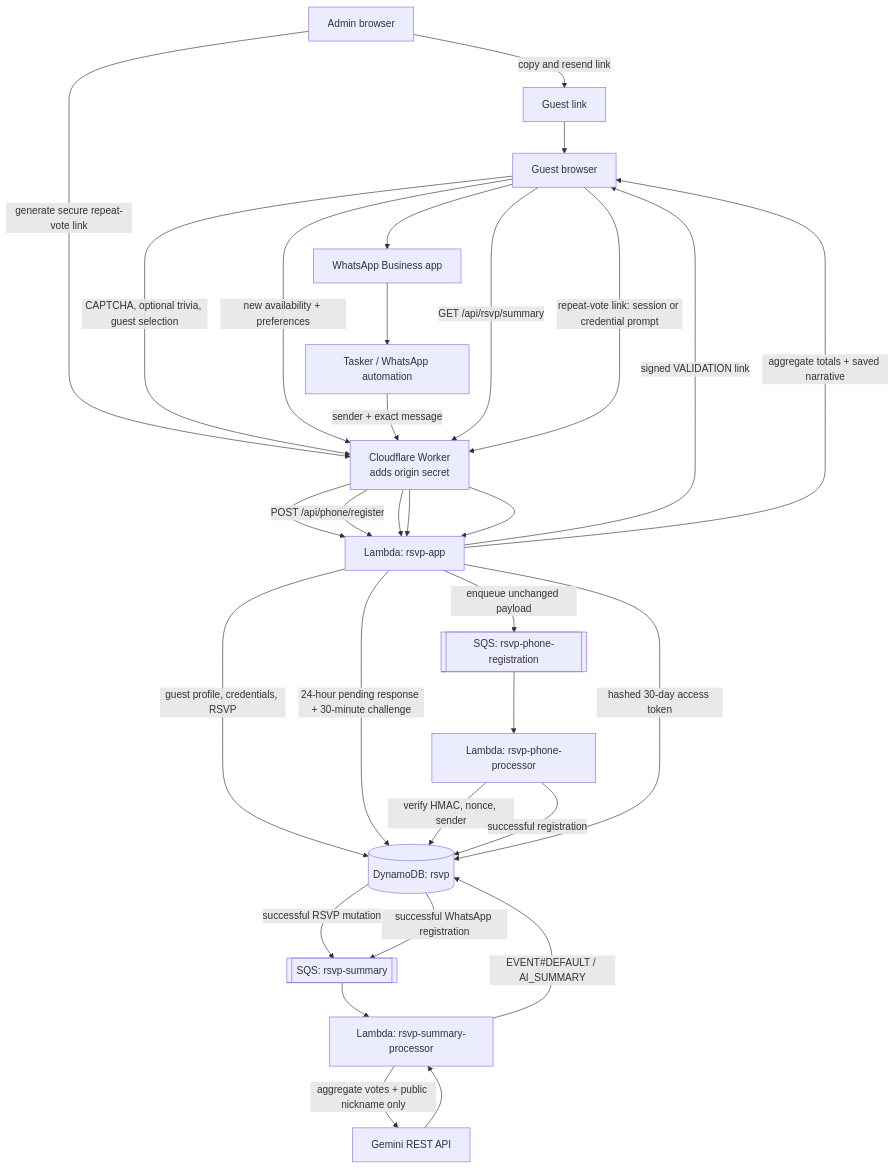
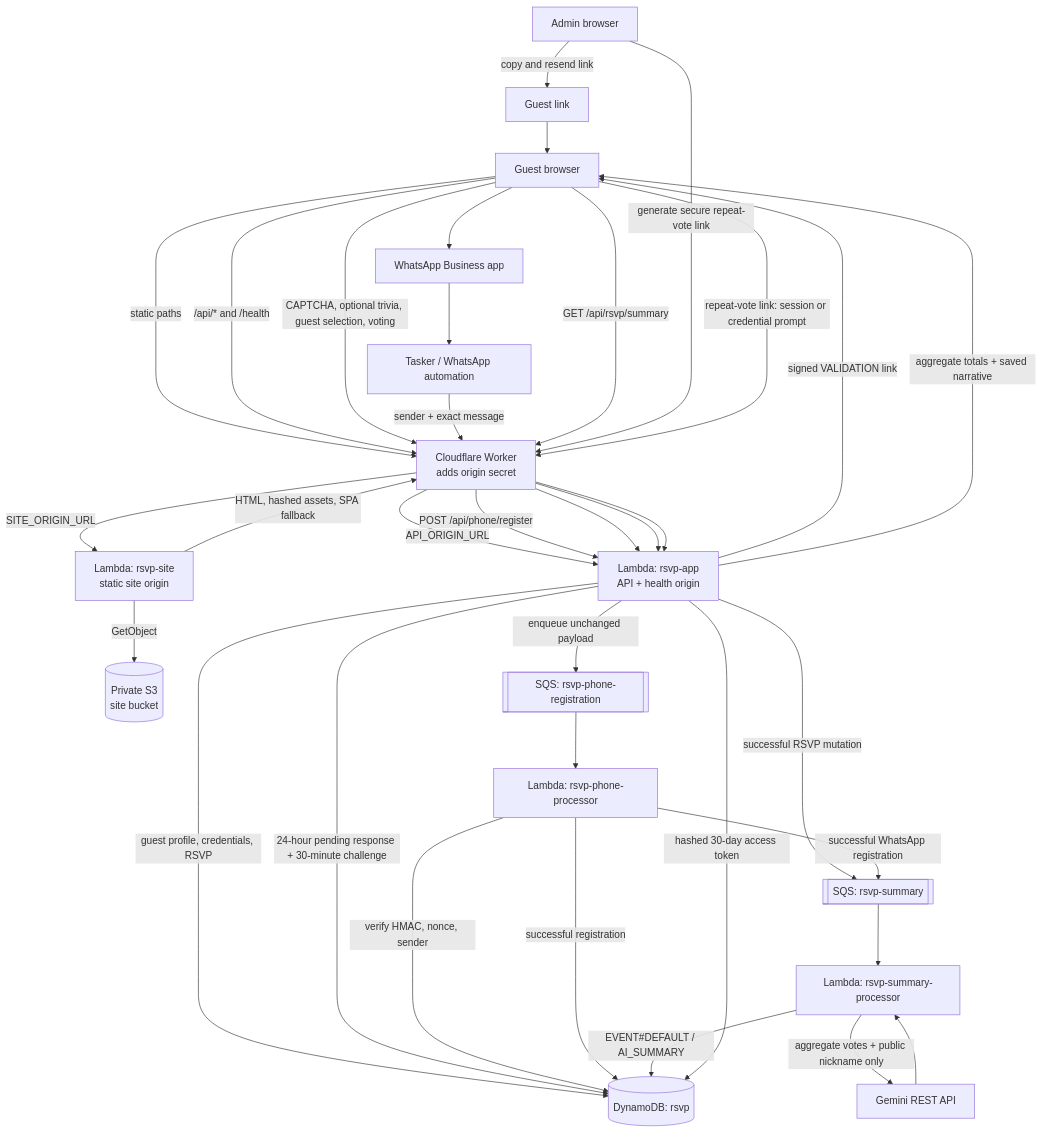
Before and after one commit to antonio1000homens/rsvp: the second of 3 diagrams in README.md, drawn with Mermaid. The commit also changed other lines of this file, not shown here.

Commit message:
Update architecture and sequence diagrams

````diff
--- a/README.md
+++ b/README.md
@@ -52,49 +86,55 @@
 ```mermaid
 flowchart TD
   Browser[Guest browser]
   Worker[Cloudflare Worker\nadds origin secret]
-  App[Lambda: rsvp-app]
+  Site[Lambda: rsvp-site\nstatic site origin]
+  App[Lambda: rsvp-app\nAPI + health origin]
+  Bucket[(Private S3\nsite bucket)]
   Table[(DynamoDB: rsvp)]
   PhoneQueue[[SQS: rsvp-phone-registration]]
   PhoneWorker[Lambda: rsvp-phone-processor]
   Tasker[Tasker / WhatsApp automation]
   WhatsApp[WhatsApp Business app]
   SummaryQueue[[SQS: rsvp-summary]]
   SummaryWorker[Lambda: rsvp-summary-processor]
   Gemini[Gemini REST API]
   Admin[Admin browser]
 
-  Browser -->|CAPTCHA, optional trivia, guest selection| Worker
-  Worker --> App
+  Browser -->|static paths| Worker
+  Worker -->|SITE_ORIGIN_URL| Site
+  Site -->|GetObject| Bucket
+  Site -->|HTML, hashed assets, SPA fallback| Worker
+  Browser -->|/api/* and /health| Worker
+  Worker -->|API_ORIGIN_URL| App
   App -->|guest profile, credentials, RSVP| Table
 
-  Browser -->|new availability + preferences| Worker
+  Browser -->|CAPTCHA, optional trivia, guest selection, voting| Worker
   App -->|24-hour pending response + 30-minute challenge| Table
   App -->|signed VALIDATION link| Browser
   Browser --> WhatsApp
   WhatsApp --> Tasker
   Tasker -->|sender + exact message| Worker
   Worker -->|POST /api/phone/register| App
   App -->|enqueue unchanged payload| PhoneQueue
   PhoneQueue --> PhoneWorker
   PhoneWorker -->|verify HMAC, nonce, sender| Table
   PhoneWorker -->|successful registration| Table
 
-  Table -->|successful RSVP mutation| SummaryQueue
-  Table -->|successful WhatsApp registration| SummaryQueue
+  App -->|successful RSVP mutation| SummaryQueue
+  PhoneWorker -->|successful WhatsApp registration| SummaryQueue
   SummaryQueue --> SummaryWorker
   SummaryWorker -->|aggregate votes + public nickname only| Gemini
   Gemini --> SummaryWorker
   SummaryWorker -->|EVENT#DEFAULT / AI_SUMMARY| Table
   Browser -->|GET /api/rsvp/summary| Worker
   Worker --> App
   App -->|aggregate totals + saved narrative| Browser
 
   Admin -->|generate secure repeat-vote link| Worker
   Worker --> App
   App -->|hashed 30-day access token| Table
   Admin -->|copy and resend link| GuestLink[Guest link]
   GuestLink --> Browser
   Browser -->|repeat-vote link: session or credential prompt| Worker
   Worker --> App
 ```
````
